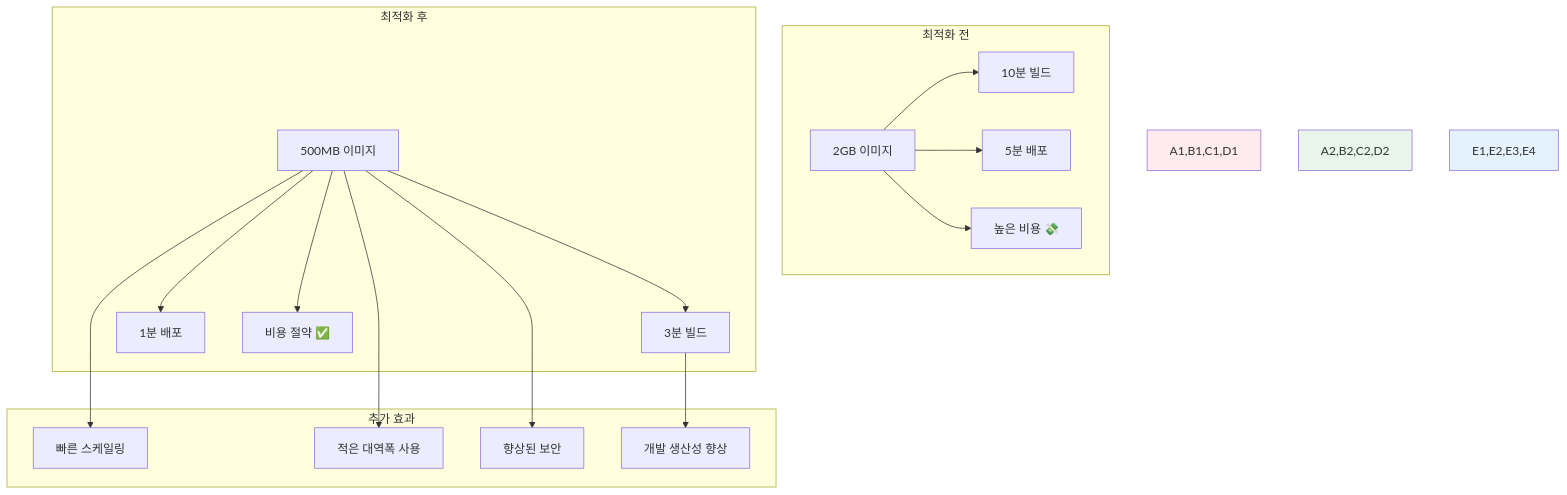
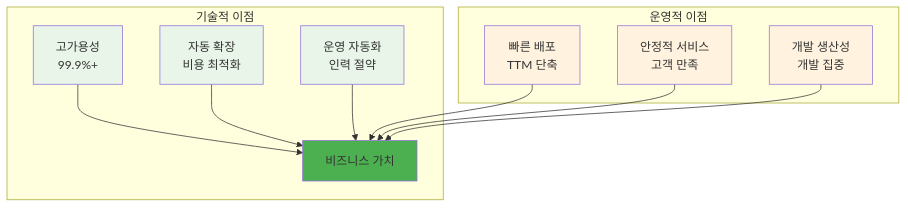
The second of 2 diagrams in theory/week_02/day2/session_2.md (niceguy61/kdt_devops_lecture_2025), drawn with Mermaid before and after one commit. The commit also changed other lines of this file and 27 other files, not shown here.

````diff
--- a/theory/week_02/day2/session_2.md
+++ b/theory/week_02/day2/session_2.md
@@ -36,30 +88,22 @@
 ```mermaid
 graph TB
-    subgraph "최적화 전"
-        A1[2GB 이미지] --> B1[10분 빌드]
-        A1 --> C1[5분 배포]
-        A1 --> D1[높은 비용 💸]
+    subgraph "기술적 이점"
+        A[고가용성<br/>99.9%+] --> D[비즈니스 가치]
+        B[자동 확장<br/>비용 최적화] --> D
+        C[운영 자동화<br/>인력 절약] --> D
     end
     
-    subgraph "최적화 후"
-        A2[500MB 이미지] --> B2[3분 빌드]
-        A2 --> C2[1분 배포]
-        A2 --> D2[비용 절약 ✅]
+    subgraph "운영적 이점"
+        E[빠른 배포<br/>TTM 단축] --> D
+        F[안정적 서비스<br/>고객 만족] --> D
+        G[개발 생산성<br/>개발 집중] --> D
     end
     
-    subgraph "추가 효과"
-        E1[빠른 스케일링]
-        E2[적은 대역폭 사용]
-        E3[향상된 보안]
-        E4[개발 생산성 향상]
-    end
-    
-    A2 --> E1
-    A2 --> E2
-    A2 --> E3
-    B2 --> E4
-    
-    style A1,B1,C1,D1 fill:#ffebee
-    style A2,B2,C2,D2 fill:#e8f5e8
-    style E1,E2,E3,E4 fill:#e3f2fd
+    style A fill:#e8f5e8
+    style B fill:#e8f5e8
+    style C fill:#e8f5e8
+    style E fill:#fff3e0
+    style F fill:#fff3e0
+    style G fill:#fff3e0
+    style D fill:#4caf50
 ```
````
